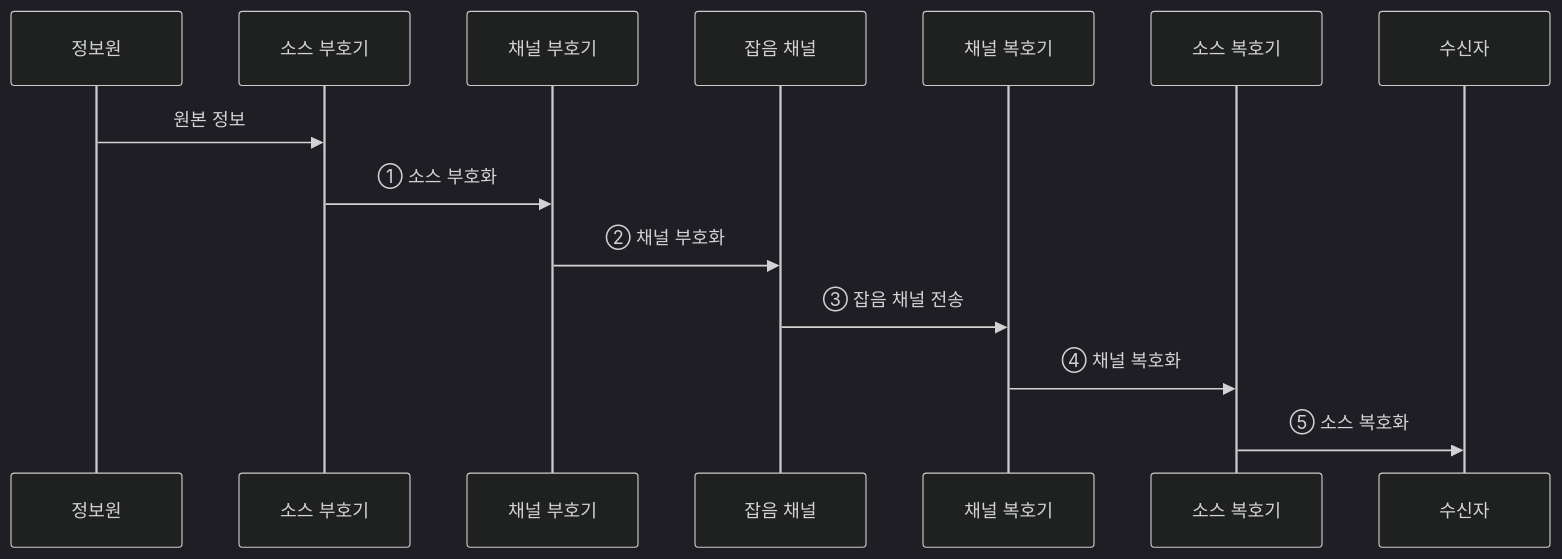
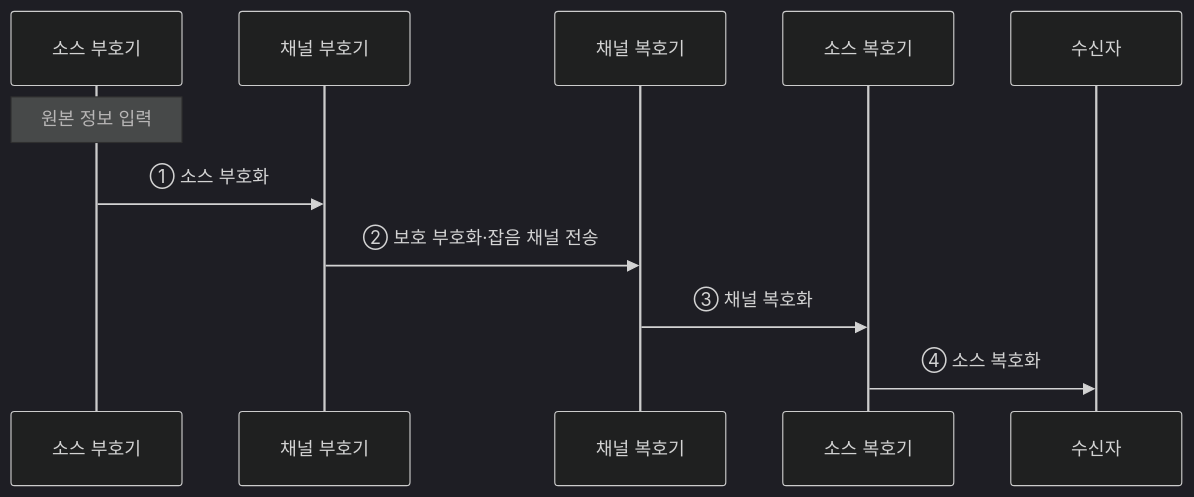
One commit to agnusdei1207/knowledge-base changed the second of 2 diagrams in src/content/docs/notes/01-basic-theory/030_source_vs_channel_coding.md. Above: the diagram before and after it, drawn with Mermaid (dark theme). The commit also changed other lines of this file and 20 other files, not shown here.

````diff
--- a/src/content/docs/notes/01-basic-theory/030_source_vs_channel_coding.md
+++ b/src/content/docs/notes/01-basic-theory/030_source_vs_channel_coding.md
@@ -85,16 +85,13 @@
 ```mermaid
 sequenceDiagram
-    participant S as 정보원
     participant SE as 소스 부호기
     participant CE as 채널 부호기
-    participant CH as 잡음 채널
     participant CD as 채널 복호기
     participant SD as 소스 복호기
     participant R as 수신자
-    S->>SE: 원본 정보
+    Note over SE: 원본 정보 입력
     SE->>CE: ① 소스 부호화
-    CE->>CH: ② 채널 부호화
-    CH->>CD: ③ 잡음 채널 전송
-    CD->>SD: ④ 채널 복호화
-    SD->>R: ⑤ 소스 복호화
+    CE->>CD: ② 보호 부호화·잡음 채널 전송
+    CD->>SD: ③ 채널 복호화
+    SD->>R: ④ 소스 복호화
 ```
````
